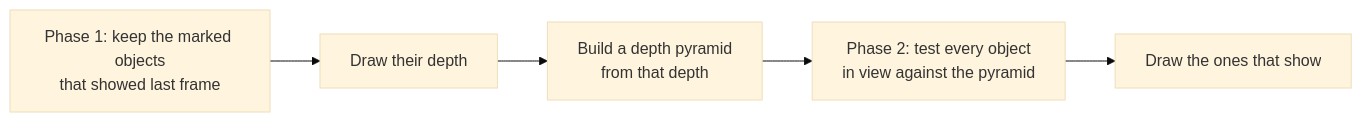
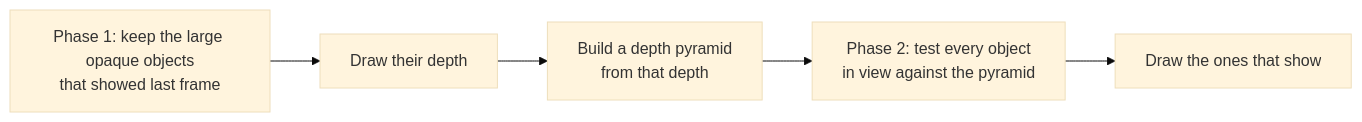
The second of 2 diagrams in docs/concepts/culling.md (null3d-engine/null3d), drawn with Mermaid (base theme) before and after one commit. The commit also changed other lines of this file and 44 other files, not shown here.

````diff
--- a/docs/concepts/culling.md
+++ b/docs/concepts/culling.md
@@ -55,7 +55,7 @@
 ```mermaid
 flowchart LR
-    early["Phase 1: keep the marked objects<br/>that showed last frame"] --> first["Draw their depth"]
+    early["Phase 1: keep the large opaque objects<br/>that showed last frame"] --> first["Draw their depth"]
     first --> pyramid["Build a depth pyramid<br/>from that depth"]
     pyramid --> late["Phase 2: test every object<br/>in view against the pyramid"]
     late --> second["Draw the ones that show"]
 ```
````
